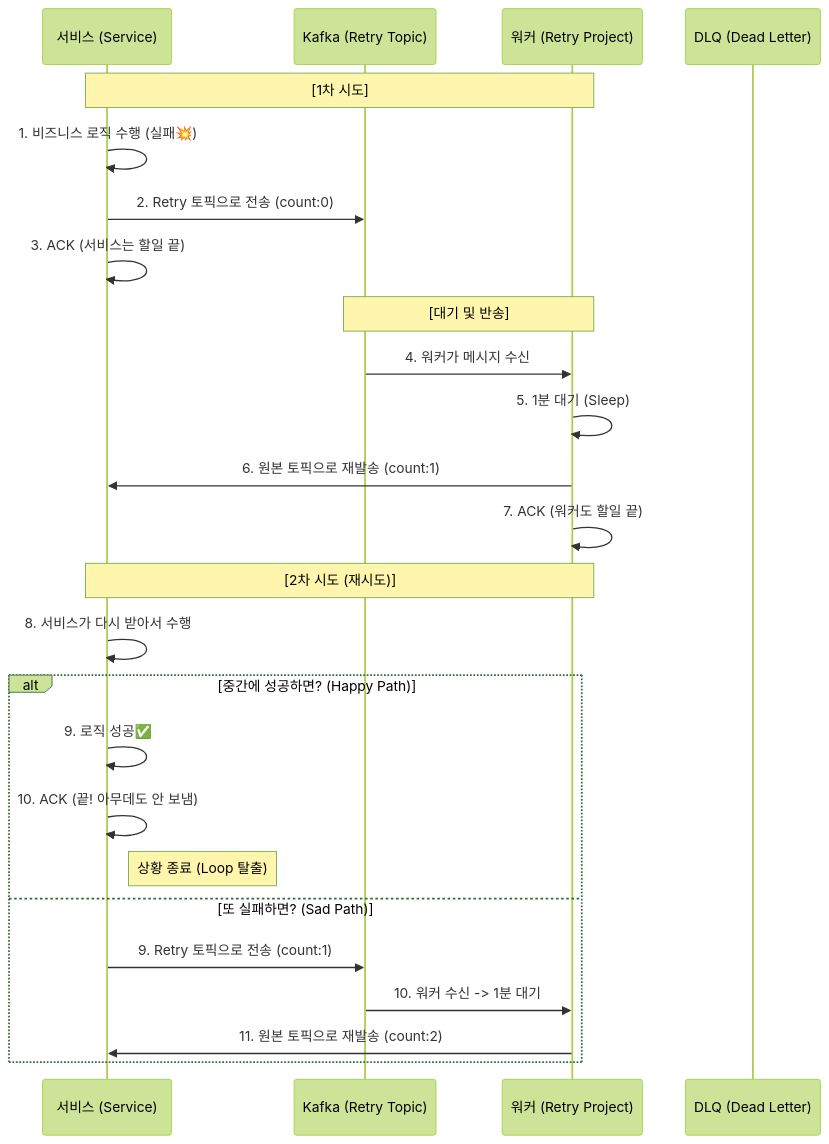
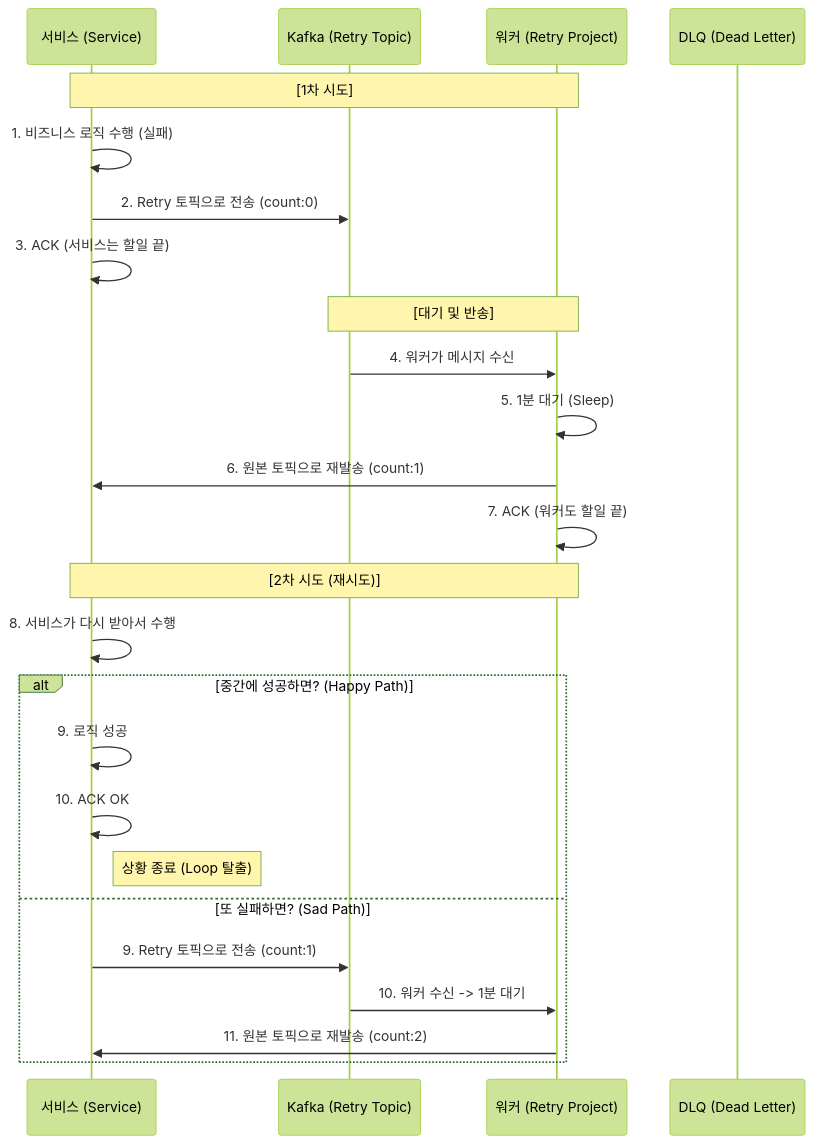
One commit to 1-sanghyeondong/kafka-consumer-dl changed the diagram in README.md. Above: the diagram before and after it, drawn with Mermaid (forest theme). The commit also changed other lines of this file and 7 other files, not shown here.

````diff
--- a/README.md
+++ b/README.md
@@ -56,31 +57,31 @@
 ```mermaid
 sequenceDiagram
     participant S as 서비스 (Service)
     participant K as Kafka (Retry Topic)
     participant W as 워커 (Retry Project)
     participant D as DLQ (Dead Letter)
 
     Note over S, W: [1차 시도]
-    S->>S: 1. 비즈니스 로직 수행 (실패💥)
+    S->>S: 1. 비즈니스 로직 수행 (실패)
     S->>K: 2. Retry 토픽으로 전송 (count:0)
     S->>S: 3. ACK (서비스는 할일 끝)
 
     Note over K, W: [대기 및 반송]
     K->>W: 4. 워커가 메시지 수신
     W->>W: 5. 1분 대기 (Sleep)
     W->>S: 6. 원본 토픽으로 재발송 (count:1)
     W->>W: 7. ACK (워커도 할일 끝)
 
     Note over S, W: [2차 시도 (재시도)]
     S->>S: 8. 서비스가 다시 받아서 수행
     
     alt 중간에 성공하면? (Happy Path)
-        S->>S: 9. 로직 성공✅
-        S->>S: 10. ACK (끝! 아무데도 안 보냄)
+        S->>S: 9. 로직 성공
+        S->>S: 10. ACK OK
         Note right of S: 상황 종료 (Loop 탈출)
     else 또 실패하면? (Sad Path)
         S->>K: 9. Retry 토픽으로 전송 (count:1)
         K->>W: 10. 워커 수신 -> 1분 대기
         W->>S: 11. 원본 토픽으로 재발송 (count:2)
     end
 ```
````
